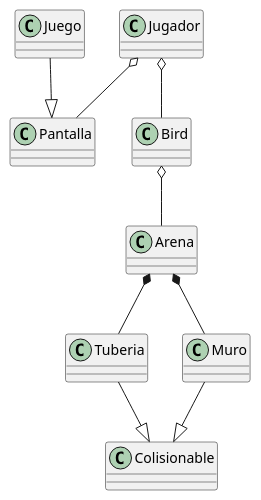
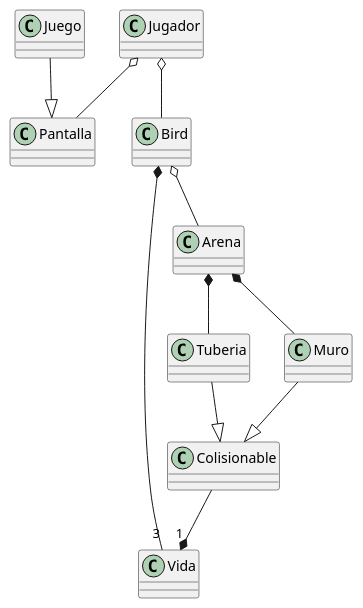
One commit to MunguiaBejaranoDuncanLuis/Flappybird changed the diagram in docs/flappybird.puml. Above: the diagram before and after it, drawn with PlantUML. The commit also changed 3 other files, not shown here.

```diff
--- a/docs/flappybird.puml
+++ b/docs/flappybird.puml
@@ -1,24 +1,27 @@
 @startuml
 
 class Juego
 class Pantalla
 class Jugador
 class Bird
 class Tuberia
 class Muro
 class Colisionable
+class Vida
 
 Juego --|> Pantalla
 Jugador o-- Pantalla
 
 Bird o-- Arena
+Bird *--"3" Vida
+Colisionable --*"1" Vida
 
 Jugador o-- Bird
 
 Arena *-- Muro
 Arena *-- Tuberia
 
 Tuberia --|> Colisionable
 Muro --|> Colisionable
 
 @enduml
```
